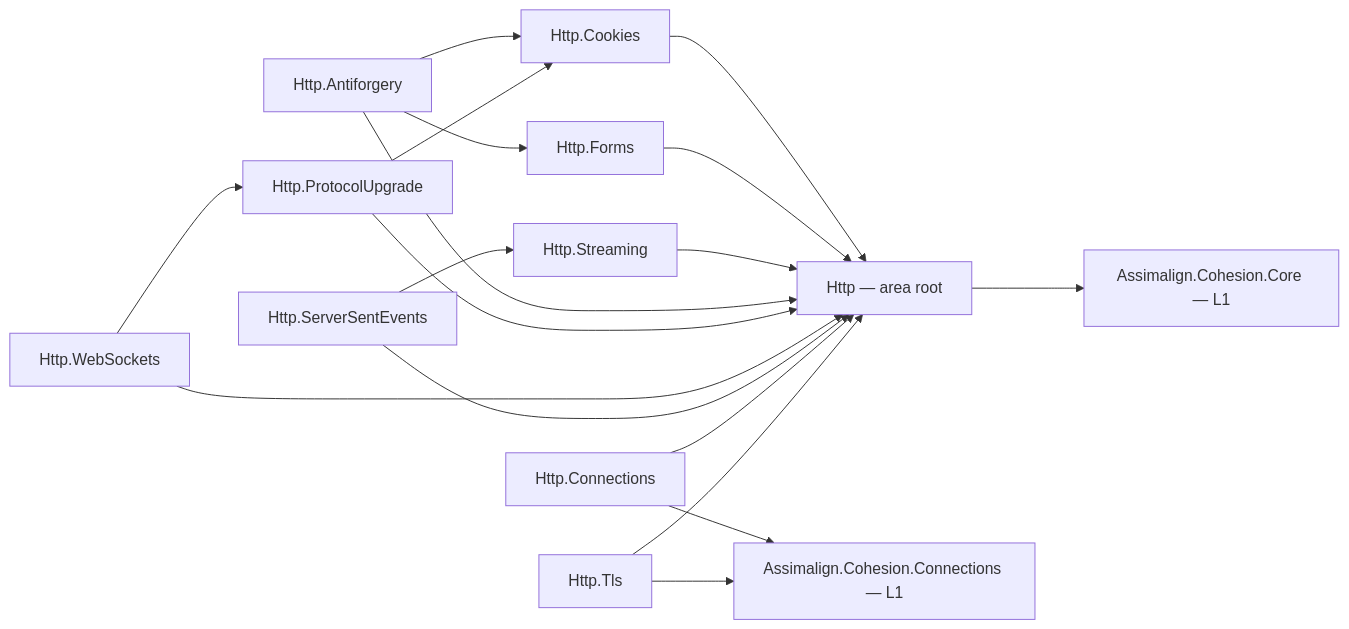
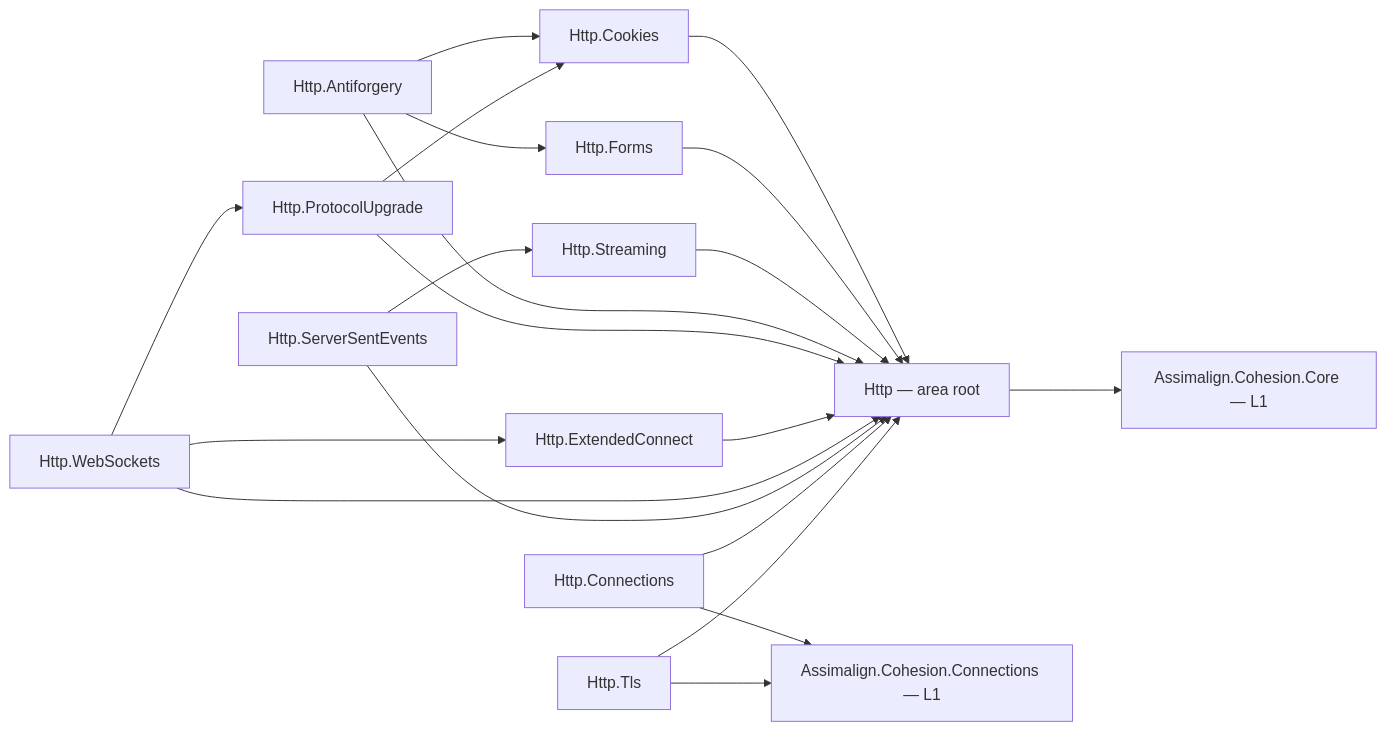
One commit to assimalign/cohesion changed the diagram in libraries/Http/README.md. Above: the diagram before and after it, drawn with Mermaid. The commit also changed other lines of this file and 87 other files, not shown here.

````diff
--- a/libraries/Http/README.md
+++ b/libraries/Http/README.md
@@ -14,32 +14,35 @@
 ```mermaid
 flowchart LR
     Root["Http — area root"]
     Core["Assimalign.Cohesion.Core — L1"]
     Conn["Assimalign.Cohesion.Connections — L1"]
     Cookies["Http.Cookies"]
     Forms["Http.Forms"]
     Antiforgery["Http.Antiforgery"]
     Upgrade["Http.ProtocolUpgrade"]
+    Ext["Http.ExtendedConnect"]
     WebSockets["Http.WebSockets"]
     Streaming["Http.Streaming"]
     Sse["Http.ServerSentEvents"]
     HttpConn["Http.Connections"]
     Tls["Http.Tls"]
     Root --> Core
     Cookies --> Root
     Forms --> Root
     Streaming --> Root
     Antiforgery --> Root
     Antiforgery --> Cookies
     Antiforgery --> Forms
     Upgrade --> Root
     Upgrade --> Cookies
+    Ext --> Root
     WebSockets --> Root
     WebSockets --> Upgrade
+    WebSockets --> Ext
     Sse --> Root
     Sse --> Streaming
     HttpConn --> Root
     HttpConn --> Conn
     Tls --> Root
     Tls --> Conn
 ```
````
